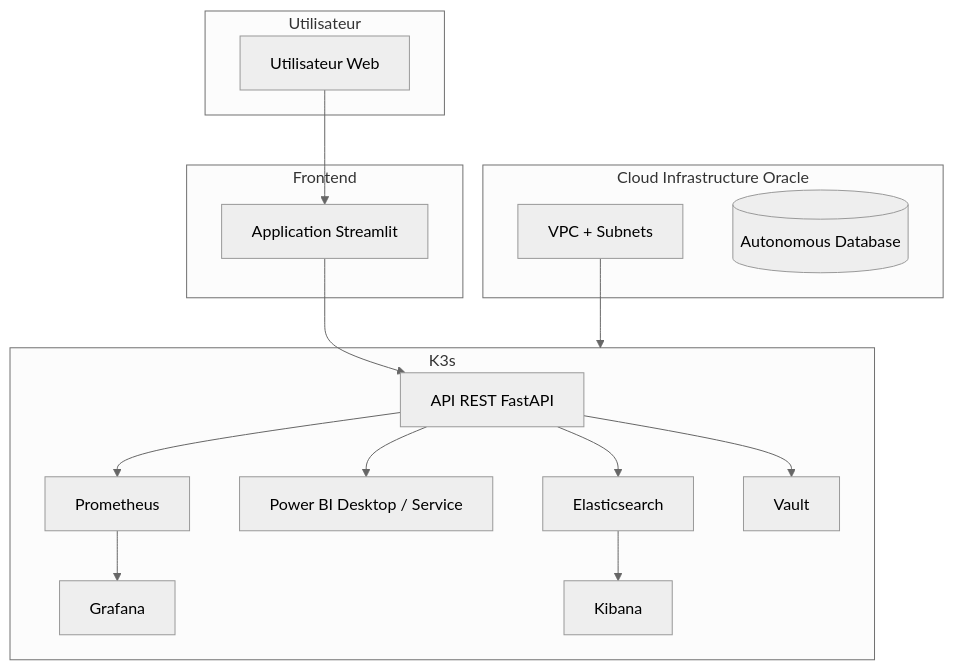
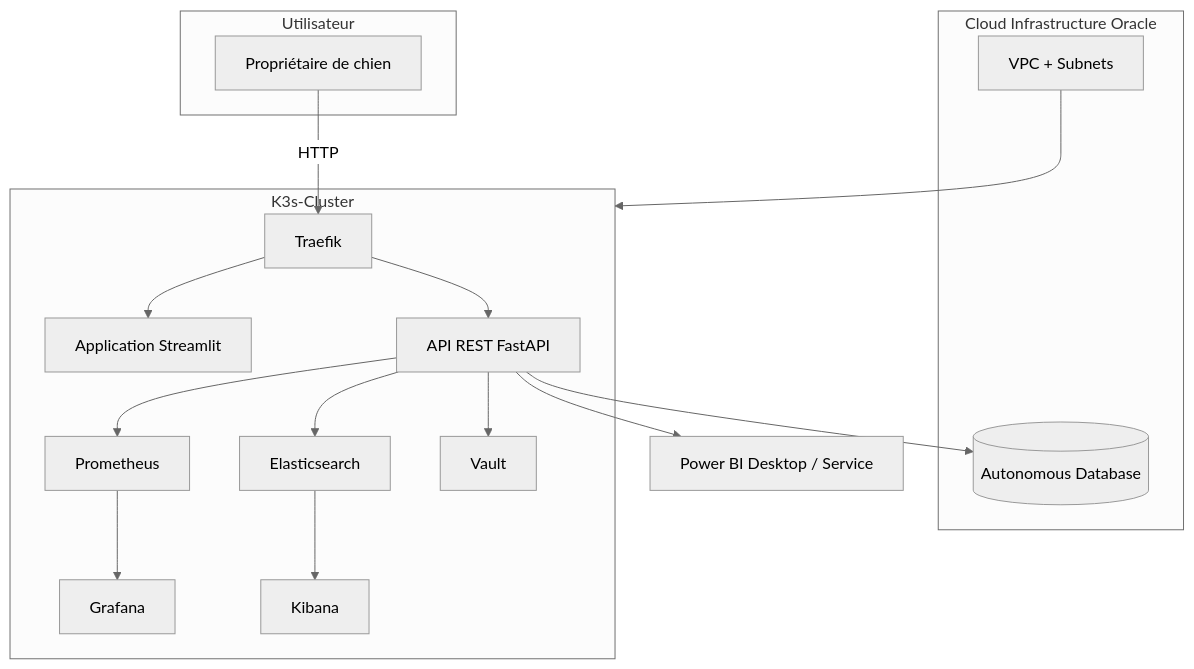
Before and after one commit to O-Celia/reactivite_chien: the diagram in infra/README.md, drawn with Mermaid (neutral theme). The commit also changed other lines of this file, not shown here.

````diff
--- a/infra/README.md
+++ b/infra/README.md
@@ -9,30 +8,37 @@
 ```mermaid
 graph TD
   subgraph Utilisateur
-    A[Utilisateur Web]
-  end
-
-  subgraph Frontend
-    B[Application Streamlit]
-  end
-
-  subgraph K3s
-    B --> C[API REST FastAPI]
-    C --> E[Elasticsearch]
-    C --> F[Power BI Desktop / Service]
-    C --> H[Prometheus]
-    C --> I[Vault]
-
-    H --> J[Grafana]
-    E --> K[Kibana]
-
+    A[Propriétaire de chien]
   end
 
   subgraph Cloud Infrastructure Oracle
     L[VPC + Subnets]
-    M[(Autonomous Database)]
+    DB[(Autonomous Database)]
   end
 
-  A --> B
-  L --> K3s
+  subgraph K3s-Cluster
+    T[Traefik]
+    B[Application Streamlit]
+    C[API REST FastAPI]
+    E[Elasticsearch]
+    H[Prometheus]
+    I[Vault]
+    J[Grafana]
+    K[Kibana]
+  end
+
+  A -->|HTTP| T
+  T --> B
+  T --> C
+
+  C --> E
+  C --> F[Power BI Desktop / Service]
+  C --> H
+  C --> I
+  C --> DB
+
+  H --> J
+  E --> K
+
+  L --> K3s-Cluster
 ```
````
